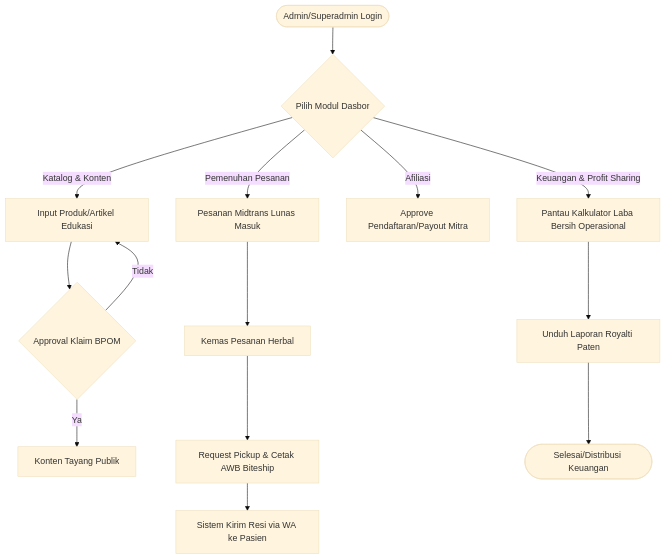
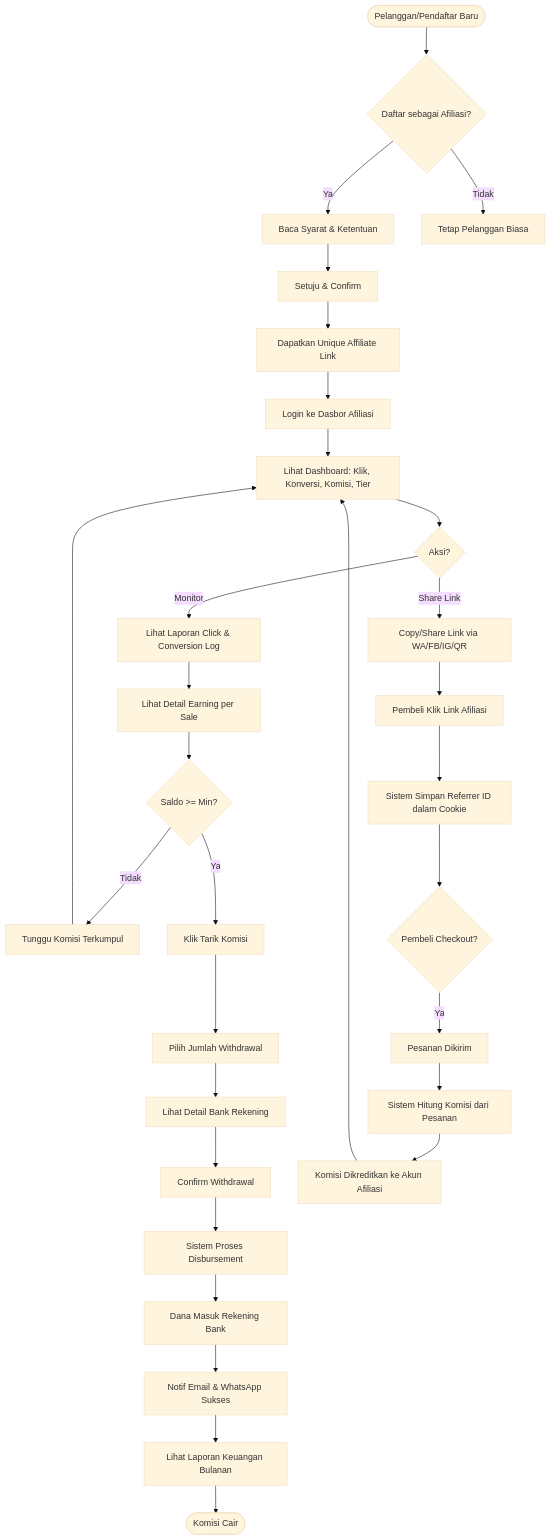
Before and after one commit to FathurRozzaq/perancangan-sistem-toko-online-obat: the second of 4 diagrams in prd-website-toko-obat-online/04-user-flow.md, drawn with Mermaid (base theme). The commit also changed other lines of this file, not shown here.

Commit message:
Update PRD 04-user-flow.md with AI, affiliate, Midtrans, Biteship, WhatsApp, and BPOM compliance details

````diff
--- a/prd-website-toko-obat-online/04-user-flow.md
+++ b/prd-website-toko-obat-online/04-user-flow.md
@@ -87,20 +267,39 @@
 ```mermaid
 flowchart TD
-    A([Admin/Superadmin Login]) --> B{Pilih Modul Dasbor}
+    A([Pelanggan/Pendaftar Baru]) --> B{Daftar sebagai Afiliasi?}
+    B -->|Ya| C[Baca Syarat & Ketentuan]
+    C --> D[Setuju & Confirm]
+    D --> E[Dapatkan Unique Affiliate Link]
+    B -->|Tidak| SKIP[Tetap Pelanggan Biasa]
     
-    B --> |Katalog & Konten| C[Input Produk/Artikel Edukasi]
-    C --> D{Approval Klaim BPOM}
-    D -- Ya --> E[Konten Tayang Publik]
-    D -- Tidak --> C
+    E --> F[Login ke Dasbor Afiliasi]
+    F --> G[Lihat Dashboard: Klik, Konversi, Komisi, Tier]
+    G --> H{Aksi?}
     
-    B --> |Pemenuhan Pesanan| F[Pesanan Midtrans Lunas Masuk]
-    F --> G[Kemas Pesanan Herbal]
-    G --> H[Request Pickup & Cetak AWB Biteship]
-    H --> I[Sistem Kirim Resi via WA ke Pasien]
+    H -->|Share Link| I[Copy/Share Link via WA/FB/IG/QR]
+    I --> J[Pembeli Klik Link Afiliasi]
+    J --> K[Sistem Simpan Referrer ID dalam Cookie]
     
-    B --> |Afiliasi| J[Approve Pendaftaran/Payout Mitra]
+    H -->|Monitor| L[Lihat Laporan Click & Conversion Log]
+    L --> M[Lihat Detail Earning per Sale]
+    M --> N{Saldo >= Min?}
     
-    B --> |Keuangan & Profit Sharing| K[Pantau Kalkulator Laba Bersih Operasional]
-    K --> L[Unduh Laporan Royalti Paten]
-    L --> M([Selesai/Distribusi Keuangan])
+    N -->|Tidak| O[Tunggu Komisi Terkumpul]
+    O --> G
+    
+    N -->|Ya| P[Klik Tarik Komisi]
+    P --> Q[Pilih Jumlah Withdrawal]
+    Q --> R[Lihat Detail Bank Rekening]
+    R --> S[Confirm Withdrawal]
+    S --> T[Sistem Proses Disbursement]
+    T --> U[Dana Masuk Rekening Bank]
+    U --> V[Notif Email & WhatsApp Sukses]
+    V --> W[Lihat Laporan Keuangan Bulanan]
+    W --> X([Komisi Cair])
+    
+    K --> Y{Pembeli Checkout?}
+    Y -->|Ya| Z[Pesanan Dikirim]
+    Z --> AA[Sistem Hitung Komisi dari Pesanan]
+    AA --> AB[Komisi Dikreditkan ke Akun Afiliasi]
+    AB --> G
 ```
````
